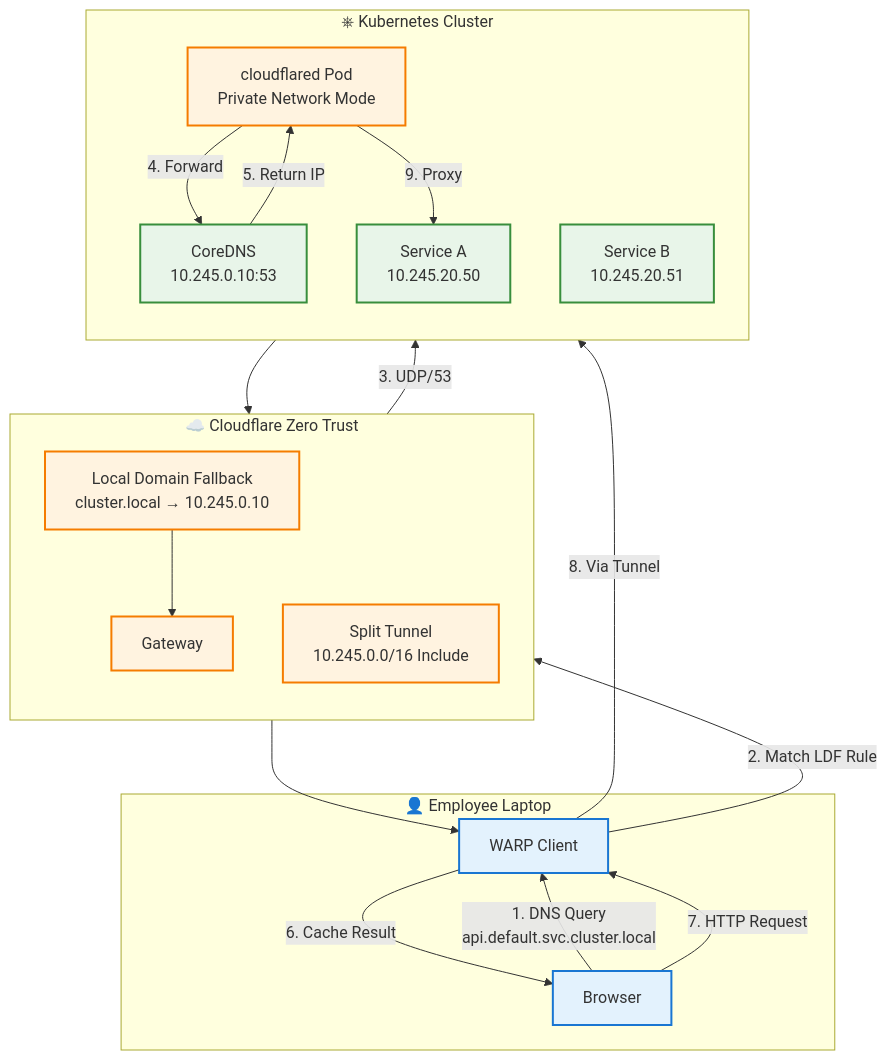
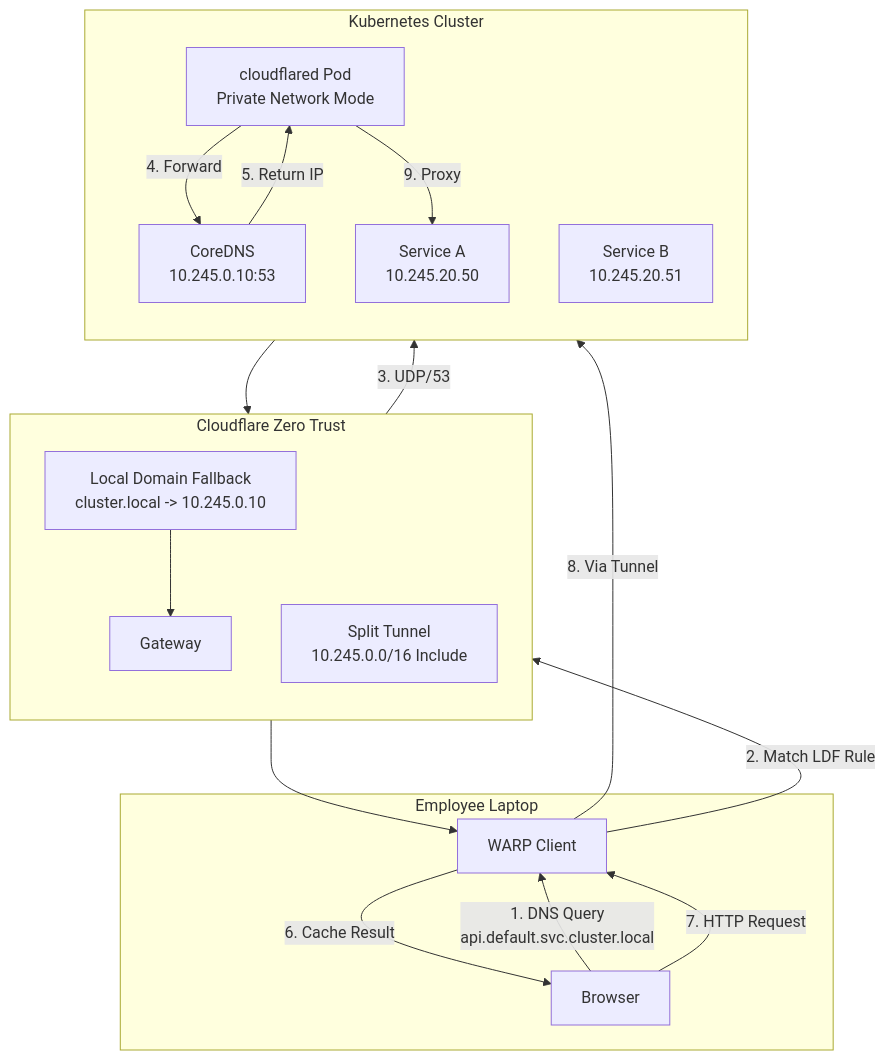
Before and after one commit to rachidaitseddik/cloudflare-ztna-k8s: the diagram in Cloudflare-ZTNA-Kubernetes.md, drawn with Mermaid. The commit also changed other lines of this file and 7 other files, not shown here.

````diff
--- a/Cloudflare-ZTNA-Kubernetes.md
+++ b/Cloudflare-ZTNA-Kubernetes.md
@@ -19,44 +56,36 @@
 ```mermaid
 graph TB
-    subgraph Laptop["👤 Employee Laptop"]
+    subgraph Laptop["Employee Laptop"]
         Browser["Browser"]
         WARP["WARP Client"]
     end
 
-    subgraph CF["☁️ Cloudflare Zero Trust"]
+    subgraph CF["Cloudflare Zero Trust"]
         direction TB
-        CF_LDF["Local Domain Fallback<br/>cluster.local → 10.245.0.10"]
+        CF_LDF["Local Domain Fallback<br/>cluster.local -> 10.245.0.10"]
         CF_ST["Split Tunnel<br/>10.245.0.0/16 Include"]
         CF_GW["Gateway"]
     end
 
-    subgraph K8S["⎈ Kubernetes Cluster"]
+    subgraph K8S["Kubernetes Cluster"]
         direction TB
         CF_POD["cloudflared Pod<br/>Private Network Mode"]
         COREDNS["CoreDNS<br/>10.245.0.10:53"]
         APP1["Service A<br/>10.245.20.50"]
         APP2["Service B<br/>10.245.20.51"]
     end
 
     Browser -->|"1. DNS Query<br/>api.default.svc.cluster.local"| WARP
     WARP -->|"2. Match LDF Rule"| CF_LDF
     CF_LDF --> CF_GW
     CF_GW -->|"3. UDP/53"| CF_POD
     CF_POD -->|"4. Forward"| COREDNS
     COREDNS -->|"5. Return IP"| CF_POD
     CF_POD --> CF_GW
     CF_GW --> WARP
     WARP -->|"6. Cache Result"| Browser
 
     Browser -->|"7. HTTP Request"| WARP
     WARP -->|"8. Via Tunnel"| CF_POD
     CF_POD -->|"9. Proxy"| APP1
-
-    classDef user fill:#e3f2fd,stroke:#1976d2,stroke-width:2px
-    classDef cf fill:#fff3e0,stroke:#f57c00,stroke-width:2px
-    classDef k8s fill:#e8f5e9,stroke:#388e3c,stroke-width:2px
-
-    class Browser,WARP user
-    class CF_LDF,CF_ST,CF_GW,CF_POD cf
-    class COREDNS,APP1,APP2 k8s
 ```
````
